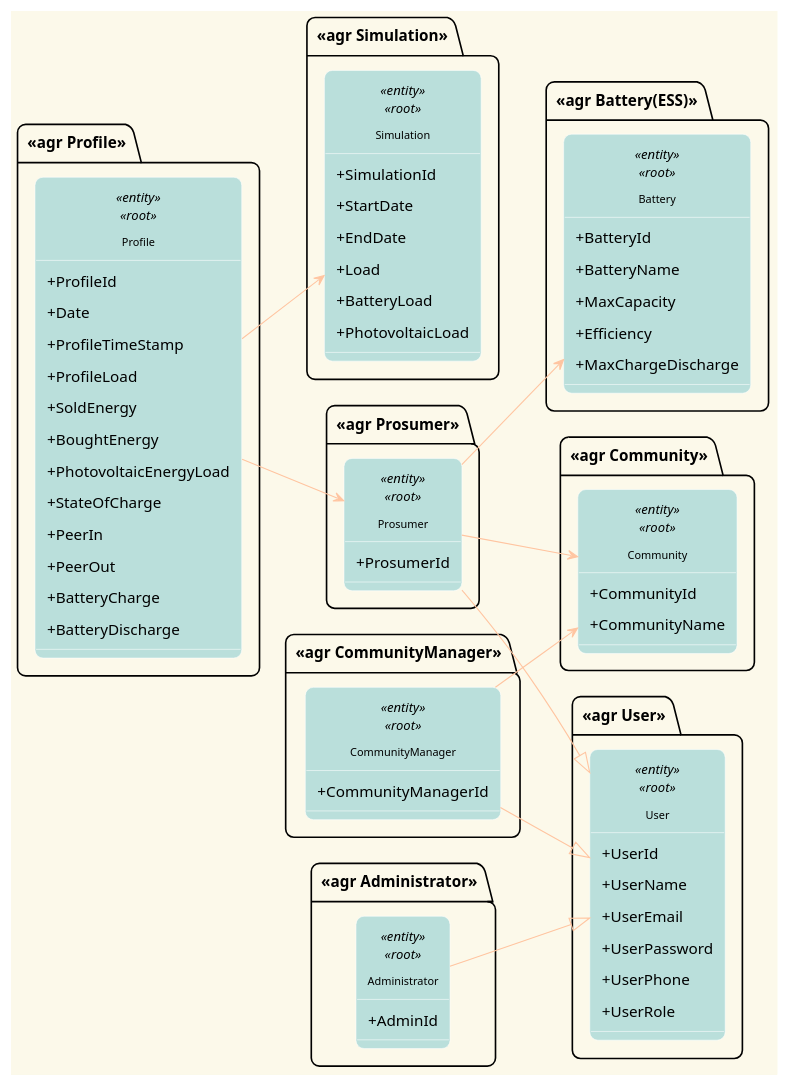
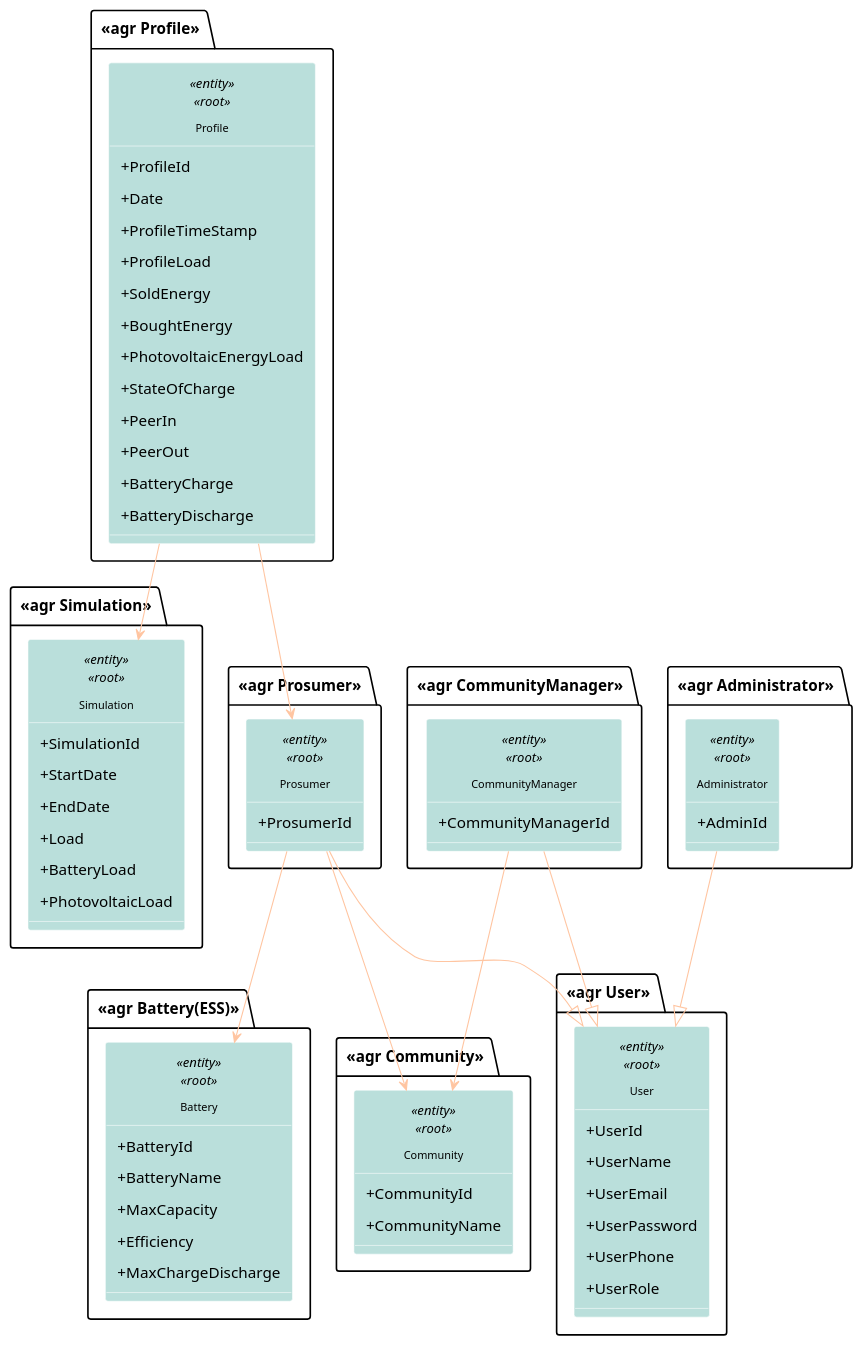
One commit to Phenriquerafael/EnergyComunitiesPlatform changed the diagram in Documentation/Domain Model/DDD/CompactDDD.puml. Above: the diagram before and after it, drawn with PlantUML. The commit also changed 16 other files, not shown here.

```diff
--- a/Documentation/Domain Model/DDD/CompactDDD.puml
+++ b/Documentation/Domain Model/DDD/CompactDDD.puml
@@ -1,113 +1,115 @@
-@startuml DDD_compacto
+@startuml DDD_compact2
 
 hide circle
 
-skinparam backgroundColor #fcf9ea
 skinparam titleBorderRoundCorner 15
 skinparam titleFontSize 30
 skinparam classAttributeIconSize 0
-skinparam titleFontName Arial Black
-skinparam titleFontColor #f8a978
-skinparam roundcorner 15
+
 
 skinparam nodesep 10
 skinparam ranksep 15
 skinparam padding 5
 
 skinparam classFontSize 10
 skinparam classFontName Arial
 skinparam classFontColor black
 
 skinparam class {
   ArrowColor ffc5a1
   BorderColor White
   BackgroundColor badfdb
   BackgroundColor<<Event>> skyblue
   BackgroundColor<<Service>> Moccasin
 }
 
-left to right direction
+top to bottom direction
 
 package "<<agr Simulation>>" {
   class Simulation <<entity>><<root>> {
     +SimulationId
     +StartDate
     +EndDate
     +Load
     +BatteryLoad
     +PhotovoltaicLoad
+  }
+}
+
+package "<<agr Community>>" {
+  class Community <<entity>><<root>> {
+    +CommunityId
+    +CommunityName
   }
 }
 
 package "<<agr Profile>>" {
   class Profile <<entity>><<root>> {
     +ProfileId
     +Date
     +ProfileTimeStamp
     +ProfileLoad
     +SoldEnergy
     +BoughtEnergy
     +PhotovoltaicEnergyLoad
     +StateOfCharge
     +PeerIn
     +PeerOut
     +BatteryCharge
     +BatteryDischarge
   }
   Profile --> Simulation
 }
 
 package "<<agr User>>" {
   class User <<entity>><<root>> {
     +UserId
     +UserName
     +UserEmail
     +UserPassword
     +UserPhone
     +UserRole
   }
 }
 
+
+
+
+package "<<agr Prosumer>>" {
+  class Prosumer <<entity>><<root>> {
+    +ProsumerId
+  }
+ 
+  Prosumer --> Community
+   Prosumer --|> User
+  Profile --> Prosumer
+}
+
 package "<<agr Battery(ESS)>>" {
   class Battery <<entity>><<root>> {
     +BatteryId
     +BatteryName
     +MaxCapacity
     +Efficiency
     +MaxChargeDischarge
   }
+  Prosumer --> Battery
 }
 
-package "<<agr Community>>" {
-  class Community <<entity>><<root>> {
-    +CommunityId
-    +CommunityName
-  }
-}
-
-package "<<agr Prosumer>>" {
-  class Prosumer <<entity>><<root>> {
-    +ProsumerId
-  }
-  Prosumer --|> User
-  Prosumer --> Community
-  Prosumer --> Battery
-  Profile --> Prosumer
-}
 
 package "<<agr CommunityManager>>" {
   class CommunityManager <<entity>><<root>> {
     +CommunityManagerId
   }
   CommunityManager --|> User
   CommunityManager --> Community
 }
 
 package "<<agr Administrator>>" {
   class Administrator <<entity>><<root>> {
     +AdminId
   }
   Administrator --|> User
 }
 
 @enduml
```
